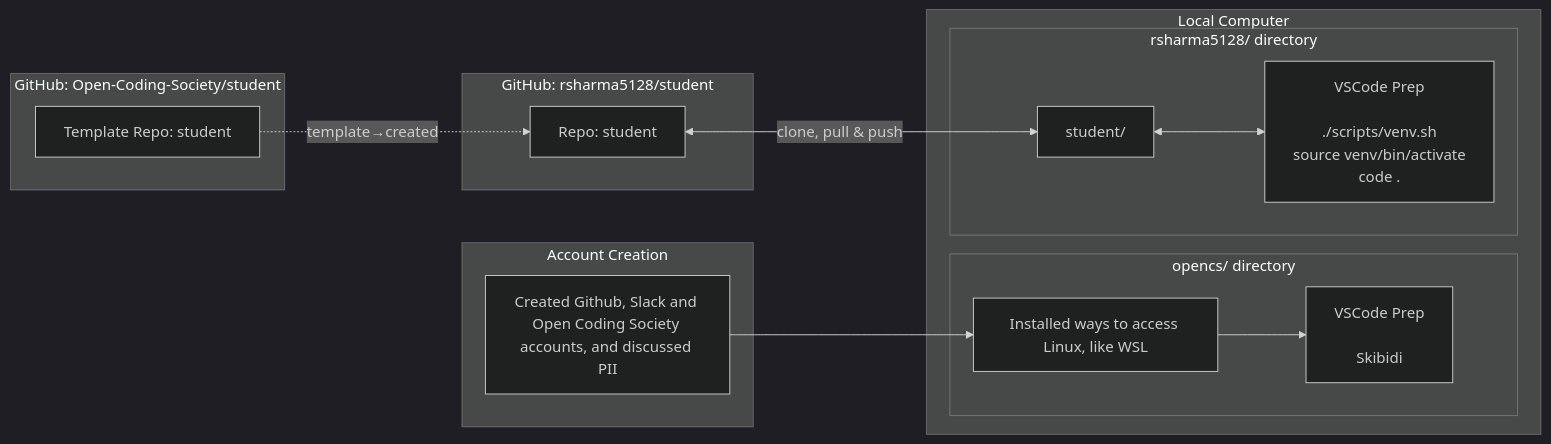
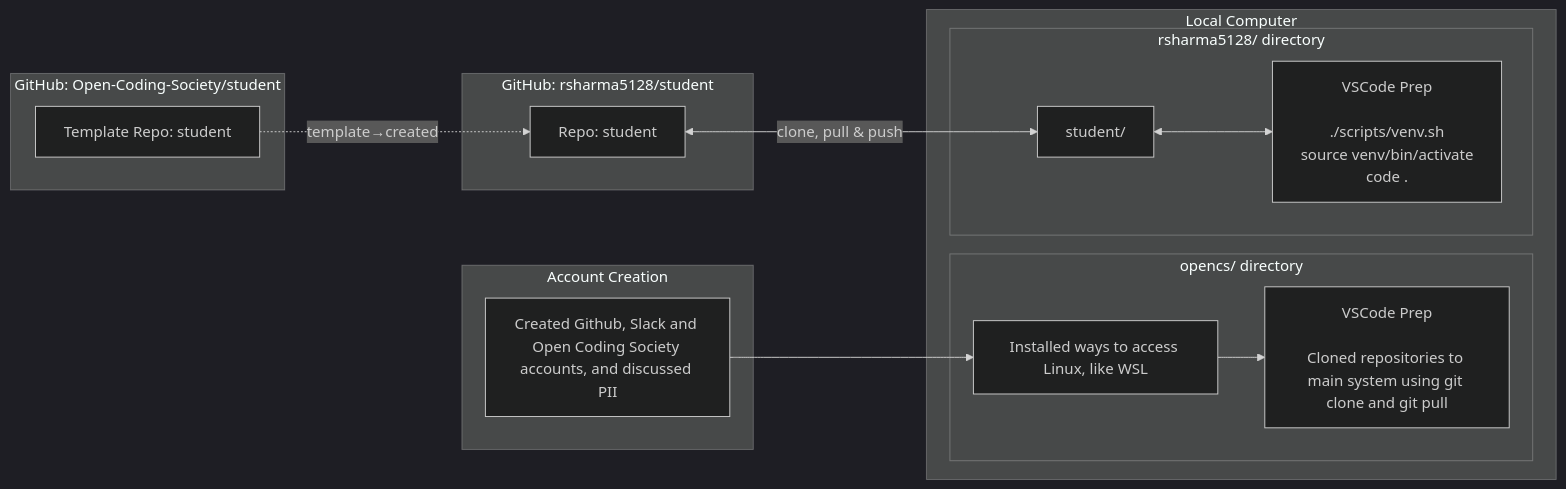
Before and after one commit to rsharma5128/student: the second of 2 diagrams in navigation/journey.md, drawn with Mermaid (dark theme).

Commit message:
changing diagram

````diff
--- a/navigation/journey.md
+++ b/navigation/journey.md
@@ -59,39 +59,39 @@
 ```mermaid
 flowchart LR
     %% GitHub Sources
     subgraph GitHub_Pages[Account Creation]
         A[Created Github, Slack and Open Coding Society accounts, and discussed PII]:::repo
     end
 
     subgraph GitHub_Template[GitHub: Open-Coding-Society/student]
         T[Template Repo: student]:::repo
     end
 
     subgraph GitHub_Student[GitHub: rsharma5128/student]
         B[Repo: student]:::repo
     end
 
     %% Operating system
     subgraph Local[Local Computer]
         subgraph opencs_dir[opencs/ directory]
             C[Installed ways to access Linux, like WSL]:::local
-            Ccmd[VSCode Prep<br/><br/>Skibidi]:::cmd
+            Ccmd[VSCode Prep<br/><br/>Cloned repositories to main system using git clone and git pull]:::cmd
         end
         subgraph user_dir[rsharma5128/ directory]
             D[student/]:::local
             Dcmd[VSCode Prep<br/><br/>./scripts/venv.sh<br/>source venv/bin/activate<br/>code .]:::cmd
         end
     end
 
     %% Arrows: cloning
     A --> C
     B <--> |clone, pull & push| D
 
     %% Arrows: template relationship
     T -.->|template→created| B
 
     %% Arrows: commands
     C --> Ccmd
     D <--> Dcmd
 
 ```
````
